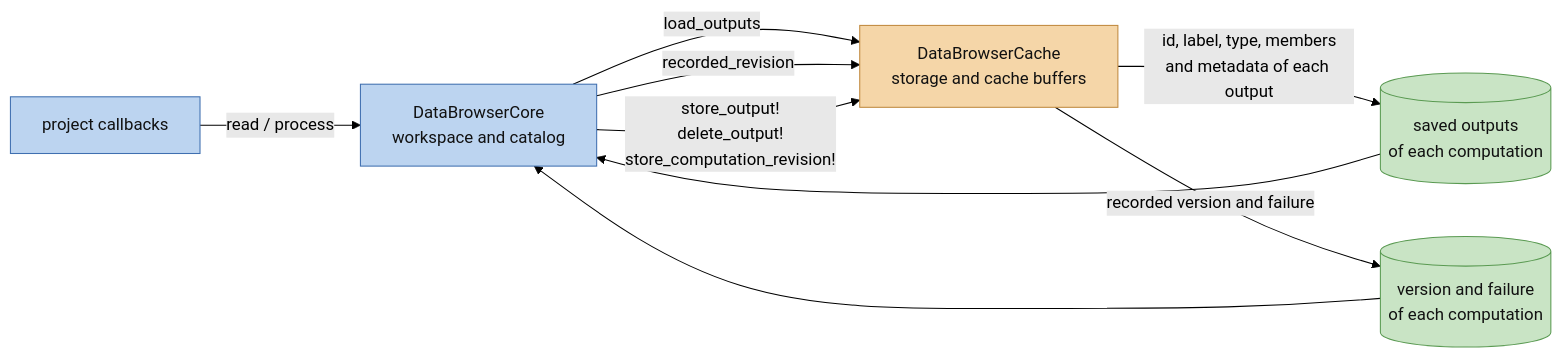
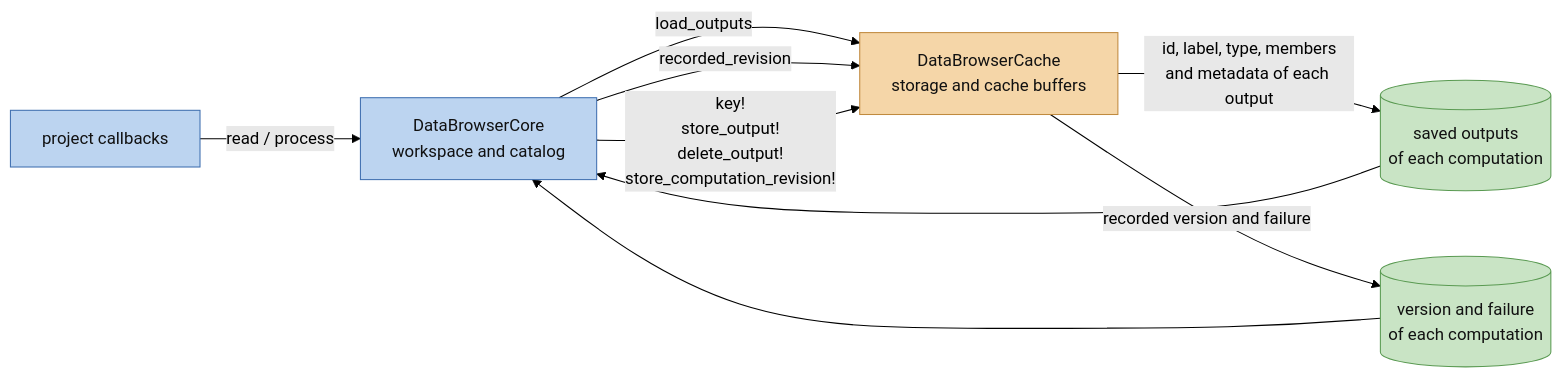
One commit to digiefel/DataBrowser changed the third of 5 diagrams in docs/ARCHITECTURE.md. Above: the diagram before and after it, drawn with Mermaid (forest theme). The commit also changed 15 other files, not shown here.

First line of the commit message:
Give each row one integer key, its catalog position, kept by the cache

````diff
--- a/docs/ARCHITECTURE.md
+++ b/docs/ARCHITECTURE.md
@@ -219,24 +219,24 @@
 ```mermaid
 flowchart LR
     core["DataBrowserCore<br/>workspace and catalog"]
     cache["DataBrowserCache<br/>storage and cache buffers"]
     snapshot[("saved outputs<br/>of each computation")]
     records[("version and failure<br/>of each computation")]
     source["project callbacks"]
 
     core -->|"load_outputs"| cache
     cache -->|"id, label, type, members<br/>and metadata of each output"| snapshot
     snapshot --> core
     core -->|"recorded_revision"| cache
     cache -->|"recorded version and failure"| records
     records --> core
-    core -->|"store_output!<br/>delete_output!<br/>store_computation_revision!"| cache
+    core -->|"key!<br/>store_output!<br/>delete_output!<br/>store_computation_revision!"| cache
     source -->|"read / process"| core
 
     classDef coreC fill:#bcd4f0,stroke:#3f6fb0,color:#111
     classDef cacheC fill:#f5d6a8,stroke:#c08a3f,color:#111
     classDef stateC fill:#c9e4c5,stroke:#5a9a52,color:#111
     class core,source coreC
     class cache cacheC
     class snapshot,records stateC
 ```
````
